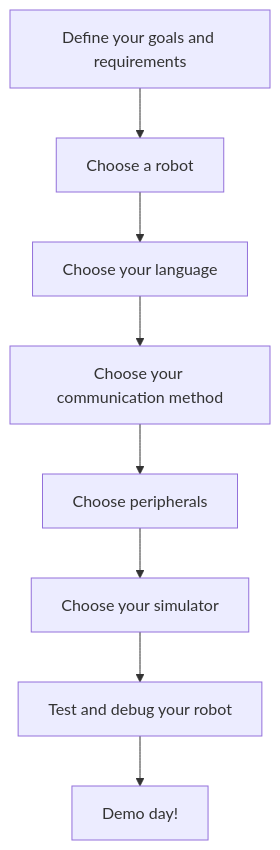
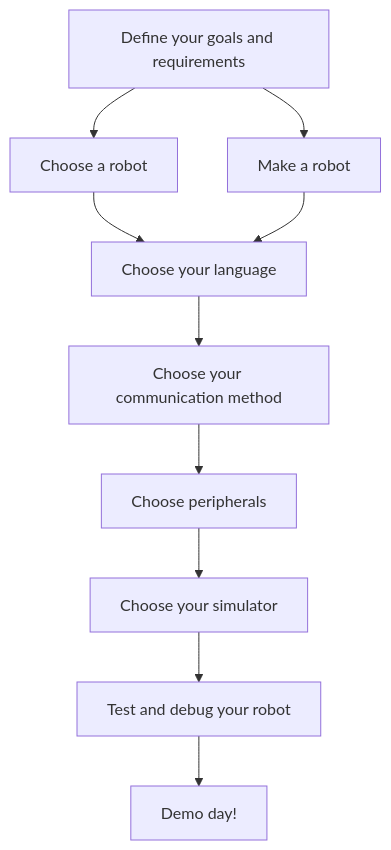
The second of 2 diagrams in wiki/robotics-project-guide/master-guide.md (RoboticsKnowledgebase/roboticsknowledgebase.github.io), drawn with Mermaid before and after one commit. The commit also changed 14 other files, not shown here.

````diff
--- a/wiki/robotics-project-guide/master-guide.md
+++ b/wiki/robotics-project-guide/master-guide.md
@@ -40,17 +40,20 @@
 ```mermaid
 flowchart TD;
     A[Define your goals and requirements] --> B[Choose a robot];
+    A --> I[Make a robot];
     B --> C[Choose your language];
+    I --> C
     C --> D[Choose your communication method];
     D --> E[Choose peripherals];
     E --> F[Choose your simulator];
     F --> G[Test and debug your robot];
     G --> H[Demo day!];
 
     click A href "/wiki/robotics-project-guide/define-your-goals-and-requirements/"
     click B href "/wiki/robotics-project-guide/choose-a-robot/"
+    click I href "/wiki/robotics-project-guide/make-a-robot/"
     click C href "/wiki/robotics-project-guide/choose-a-language/"
     click D href "/wiki/robotics-project-guide/choose-comm/"
     click E href "/wiki/robotics-project-guide/choose-peripherals/"
     click F href "/wiki/robotics-project-guide/choose-a-sim/"
 ```
````
